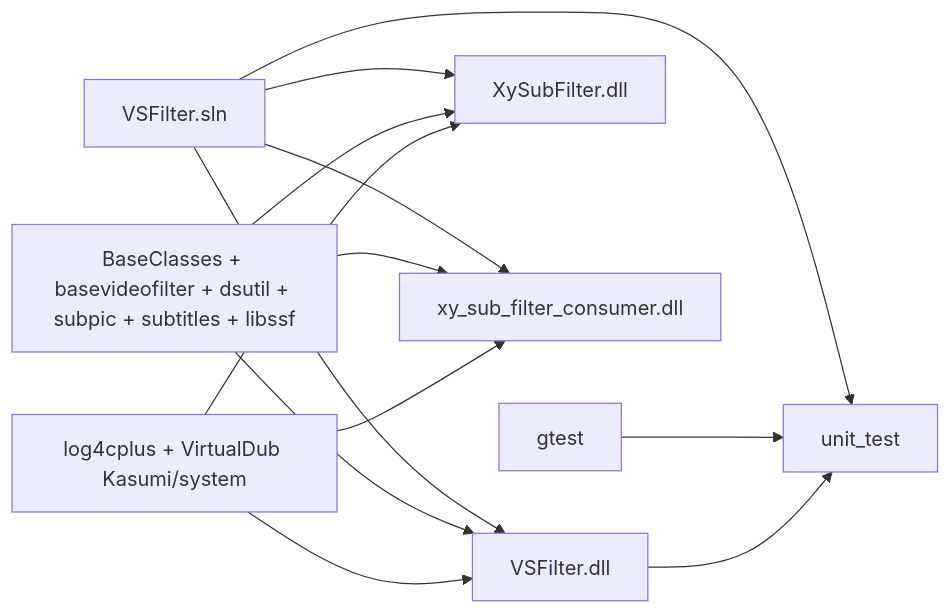
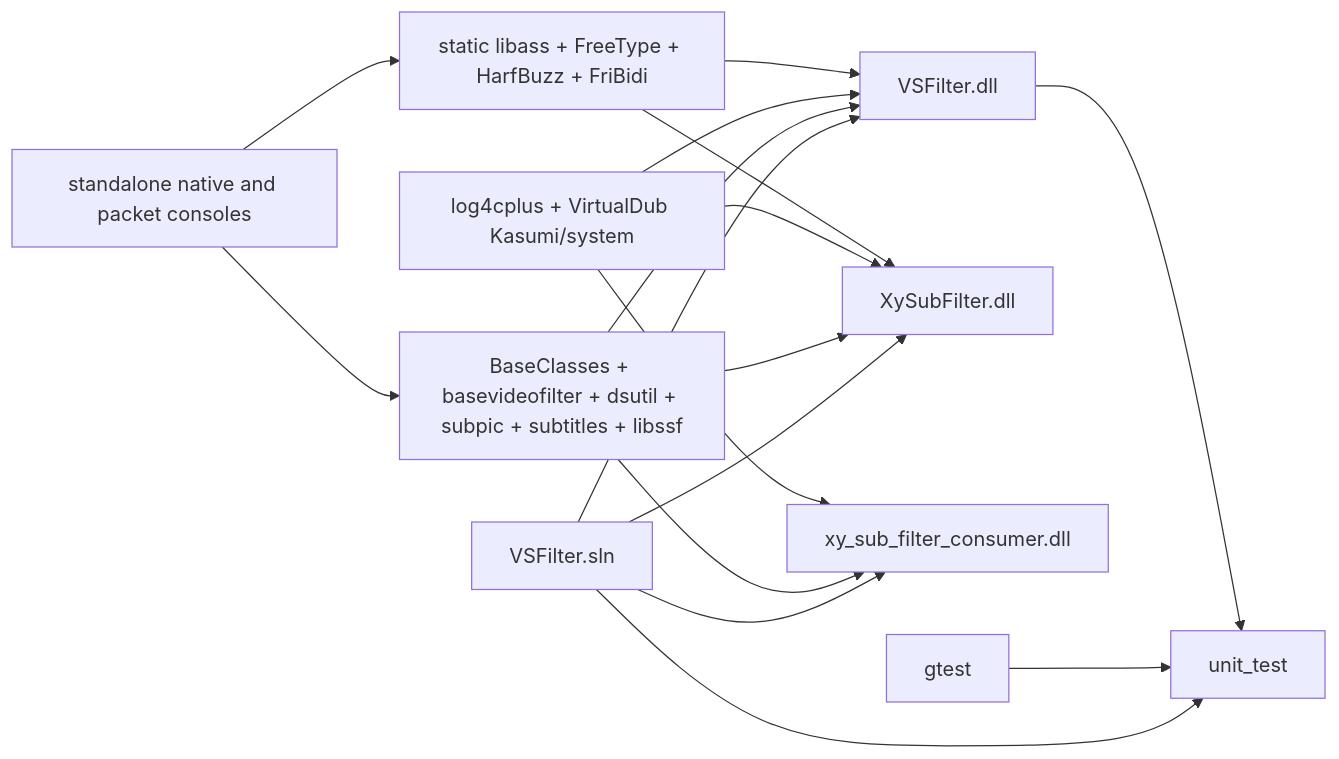
One commit to bLightZP/xy-VSFilter changed the first of 2 diagrams in docs/knowledge-graph.md. Above: the diagram before and after it, drawn with Mermaid. The commit also changed other lines of this file and 98 other files, not shown here.

````diff
--- a/docs/knowledge-graph.md
+++ b/docs/knowledge-graph.md
@@ -7,16 +7,20 @@
 ```mermaid
 flowchart LR
     Solution["VSFilter.sln"] --> VSFilter["VSFilter.dll"]
     Solution --> XySubFilter["XySubFilter.dll"]
     Solution --> Consumer["xy_sub_filter_consumer.dll"]
     Solution --> Tests["unit_test"]
 
     Shared["BaseClasses + basevideofilter + dsutil + subpic + subtitles + libssf"] --> VSFilter
     Shared --> XySubFilter
     Shared --> Consumer
     ThirdParty["log4cplus + VirtualDub Kasumi/system"] --> VSFilter
     ThirdParty --> XySubFilter
     ThirdParty --> Consumer
+    LibassDeps["static libass + FreeType + HarfBuzz + FriBidi"] --> VSFilter
+    LibassDeps --> XySubFilter
+    NativeConsole["standalone native and packet consoles"] --> Shared
+    NativeConsole --> LibassDeps
     GTest["gtest"] --> Tests
     VSFilter --> Tests
 ```
````
